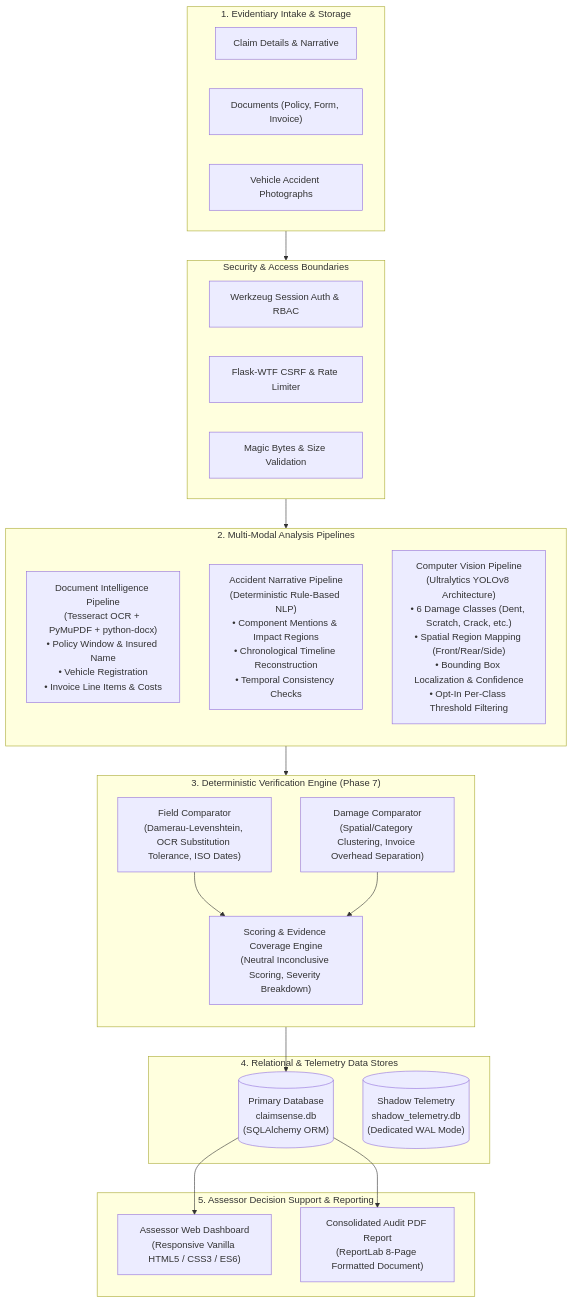
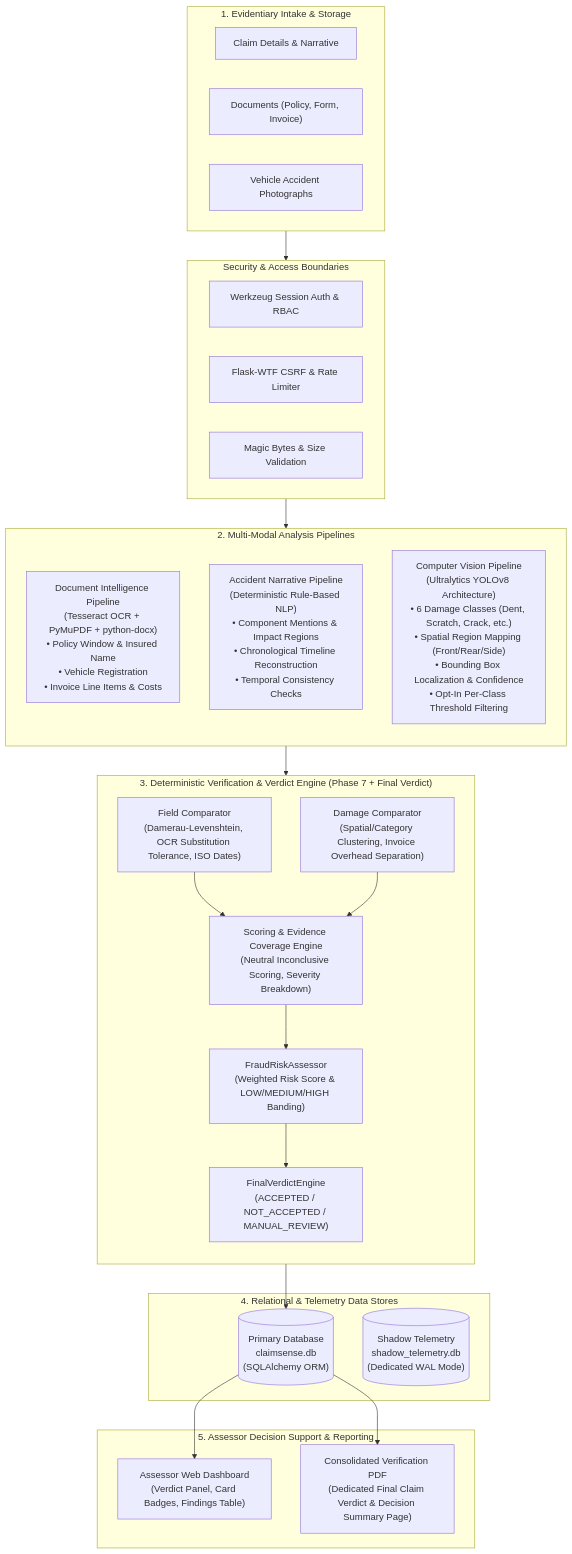
One commit to anshg8252/ClaimSense-AI changed the diagram in README.md. Above: the diagram before and after it, drawn with Mermaid. The commit also changed other lines of this file and 13 other files, not shown here.

Commit message:
feat: integrate final claim verdict system

````diff
--- a/README.md
+++ b/README.md
@@ -86,51 +86,54 @@
 ```mermaid
 flowchart TD
     subgraph Intake["1. Evidentiary Intake & Storage"]
         CF["Claim Details & Narrative"]
         DOCS["Documents (Policy, Form, Invoice)"]
         IMG["Vehicle Accident Photographs"]
     end
 
     subgraph Security["Security & Access Boundaries"]
         AUTH["Werkzeug Session Auth & RBAC"]
         CSRF["Flask-WTF CSRF & Rate Limiter"]
         VAL["Magic Bytes & Size Validation"]
     end
 
     Intake --> Security
 
     subgraph Pipelines["2. Multi-Modal Analysis Pipelines"]
         direction TB
         OCR["Document Intelligence Pipeline\n(Tesseract OCR + PyMuPDF + python-docx)\n• Policy Window & Insured Name\n• Vehicle Registration\n• Invoice Line Items & Costs"]
         NLP["Accident Narrative Pipeline\n(Deterministic Rule-Based NLP)\n• Component Mentions & Impact Regions\n• Chronological Timeline Reconstruction\n• Temporal Consistency Checks"]
         CV["Computer Vision Pipeline\n(Ultralytics YOLOv8 Architecture)\n• 6 Damage Classes (Dent, Scratch, Crack, etc.)\n• Spatial Region Mapping (Front/Rear/Side)\n• Bounding Box Localization & Confidence\n• Opt-In Per-Class Threshold Filtering"]
     end
 
     Security --> Pipelines
 
-    subgraph Verification["3. Deterministic Verification Engine (Phase 7)"]
+    subgraph Verification["3. Deterministic Verification & Verdict Engine (Phase 7 + Final Verdict)"]
         direction TB
         FC["Field Comparator\n(Damerau-Levenshtein, OCR Substitution Tolerance, ISO Dates)"]
         DC["Damage Comparator\n(Spatial/Category Clustering, Invoice Overhead Separation)"]
         SC["Scoring & Evidence Coverage Engine\n(Neutral Inconclusive Scoring, Severity Breakdown)"]
+        FRA["FraudRiskAssessor\n(Weighted Risk Score & LOW/MEDIUM/HIGH Banding)"]
+        FVE["FinalVerdictEngine\n(ACCEPTED / NOT_ACCEPTED / MANUAL_REVIEW)"]
         FC --> SC
         DC --> SC
+        SC --> FRA --> FVE
     end
 
     Pipelines --> Verification
 
     subgraph Persistence["4. Relational & Telemetry Data Stores"]
         PROD_DB[("Primary Database\nclaimsense.db\n(SQLAlchemy ORM)")]
         SHADOW_DB[("Shadow Telemetry\nshadow_telemetry.db\n(Dedicated WAL Mode)")]
     end
 
     Verification --> PROD_DB
 
     subgraph Presentation["5. Assessor Decision Support & Reporting"]
-        UI["Assessor Web Dashboard\n(Responsive Vanilla HTML5 / CSS3 / ES6)"]
-        PDF["Consolidated Audit PDF Report\n(ReportLab 8-Page Formatted Document)"]
+        UI["Assessor Web Dashboard\n(Verdict Panel, Card Badges, Findings Table)"]
+        PDF["Consolidated Verification PDF\n(Dedicated Final Claim Verdict & Decision Summary Page)"]
     end
 
     PROD_DB --> UI
     PROD_DB --> PDF
 ```
````
